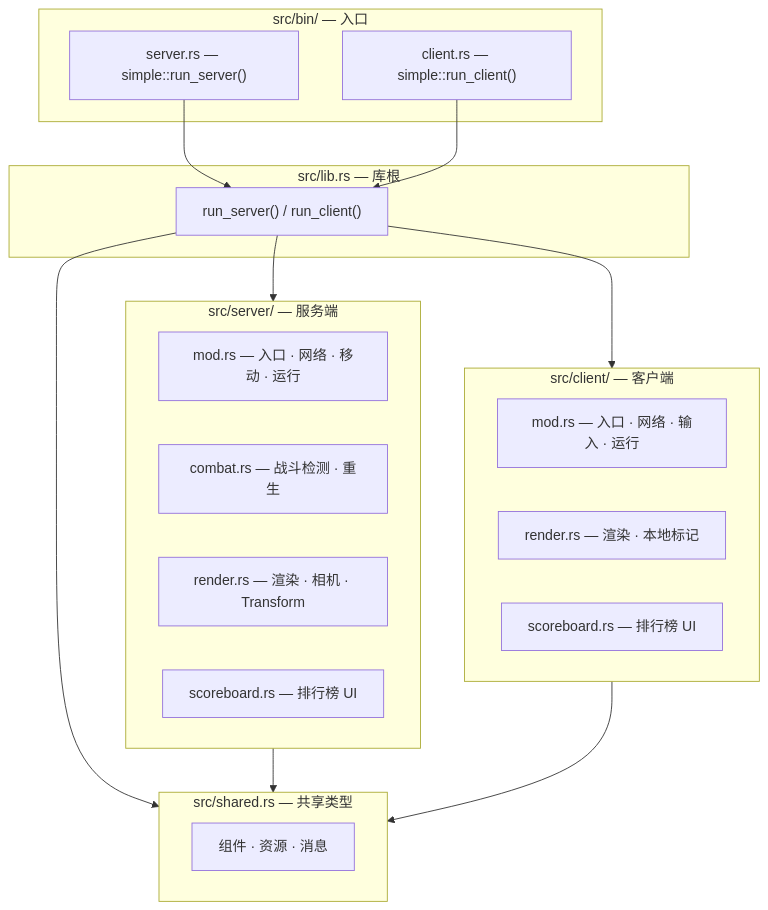
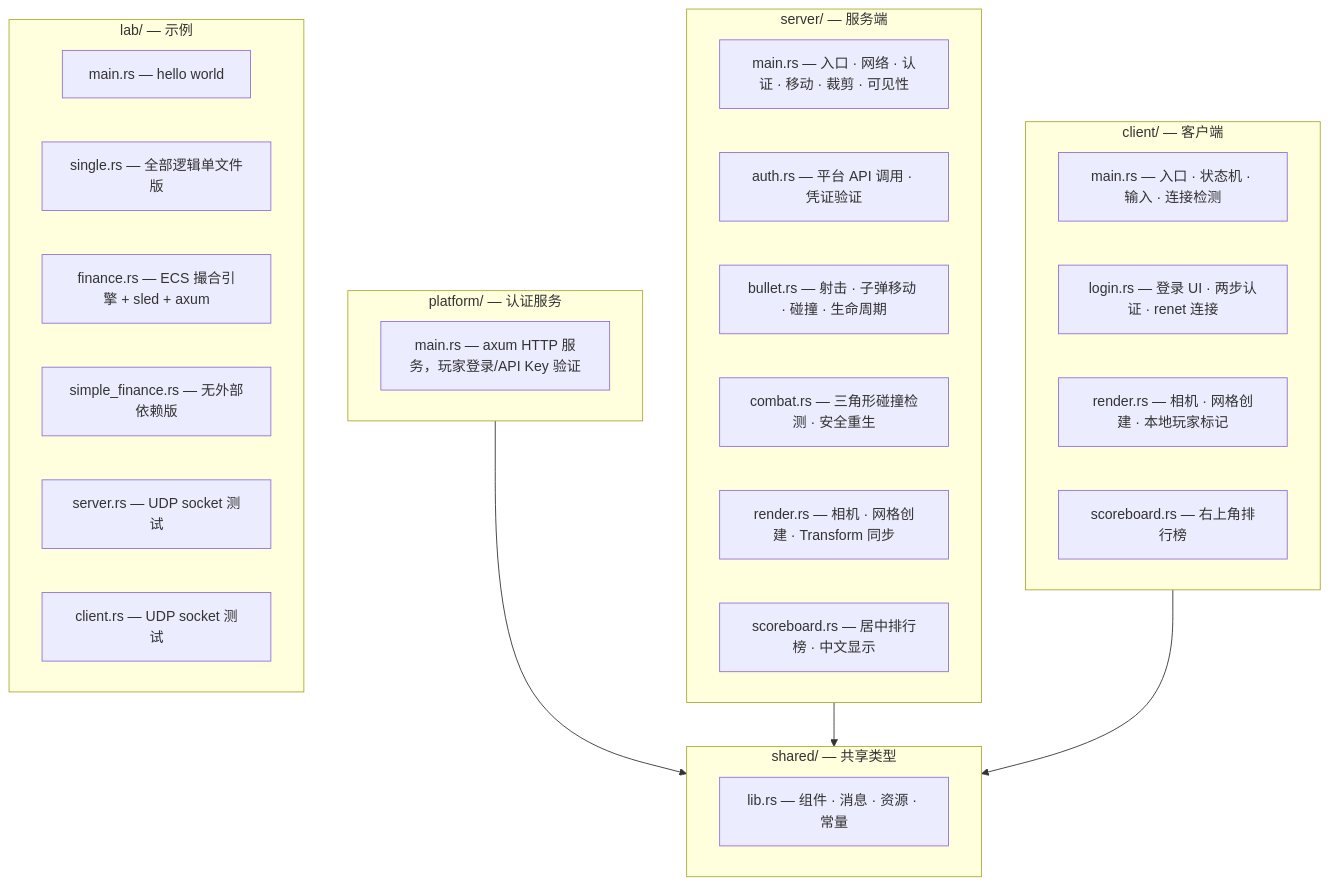
One commit to kindywu/simple_bevy changed the first of 4 diagrams in LEARN.md. Above: the diagram before and after it, drawn with Mermaid. The commit also changed other lines of this file, not shown here.

````diff
--- a/LEARN.md
+++ b/LEARN.md
@@ -7,36 +7,39 @@
 ```mermaid
 graph TB
-    subgraph Bins["src/bin/ — 入口"]
-        SRV_BIN["server.rs — simple::run_server()"]
-        CLI_BIN["client.rs — simple::run_client()"]
+    subgraph Platform["platform/ — 认证服务"]
+        P_MAIN["main.rs — axum HTTP 服务，玩家登录/API Key 验证"]
     end
 
-    subgraph Lib["src/lib.rs — 库根"]
-        LIB["run_server() / run_client()"]
+    subgraph Shared["shared/ — 共享类型"]
+        SHARED["lib.rs — 组件 · 消息 · 资源 · 常量"]
     end
 
-    subgraph Shared["src/shared.rs — 共享类型"]
-        TYPES["组件 · 资源 · 消息"]
+    subgraph Server["server/ — 服务端"]
+        S_MAIN["main.rs — 入口 · 网络 · 认证 · 移动 · 裁剪 · 可见性"]
+        S_AUTH["auth.rs — 平台 API 调用 · 凭证验证"]
+        S_BULLET["bullet.rs — 射击 · 子弹移动 · 碰撞 · 生命周期"]
+        S_COMBAT["combat.rs — 三角形碰撞检测 · 安全重生"]
+        S_RENDER["render.rs — 相机 · 网格创建 · Transform 同步"]
+        S_SCORE["scoreboard.rs — 居中排行榜 · 中文显示"]
     end
 
-    subgraph Server["src/server/ — 服务端"]
-        S_MOD["mod.rs — 入口 · 网络 · 移动 · 运行"]
-        S_COMBAT["combat.rs — 战斗检测 · 重生"]
-        S_RENDER["render.rs — 渲染 · 相机 · Transform"]
-        S_SCORE["scoreboard.rs — 排行榜 UI"]
+    subgraph Client["client/ — 客户端"]
+        C_MAIN["main.rs — 入口 · 状态机 · 输入 · 连接检测"]
+        C_LOGIN["login.rs — 登录 UI · 两步认证 · renet 连接"]
+        C_RENDER["render.rs — 相机 · 网格创建 · 本地玩家标记"]
+        C_SCORE["scoreboard.rs — 右上角排行榜"]
     end
 
-    subgraph Client["src/client/ — 客户端"]
-        C_MOD["mod.rs — 入口 · 网络 · 输入 · 运行"]
-        C_RENDER["render.rs — 渲染 · 本地标记"]
-        C_SCORE["scoreboard.rs — 排行榜 UI"]
+    subgraph Lab["lab/ — 示例"]
+        LAB_MAIN["main.rs — hello world"]
+        LAB_SINGLE["single.rs — 全部逻辑单文件版"]
+        LAB_FINANCE["finance.rs — ECS 撮合引擎 + sled + axum"]
+        LAB_SIMPLE_FINANCE["simple_finance.rs — 无外部依赖版"]
+        LAB_SERVER["server.rs — UDP socket 测试"]
+        LAB_CLIENT["client.rs — UDP socket 测试"]
     end
 
-    SRV_BIN --> LIB
-    CLI_BIN --> LIB
-    LIB --> Shared
-    LIB --> Server
-    LIB --> Client
+    Platform --> Shared
     Server --> Shared
     Client --> Shared
 ```
````
